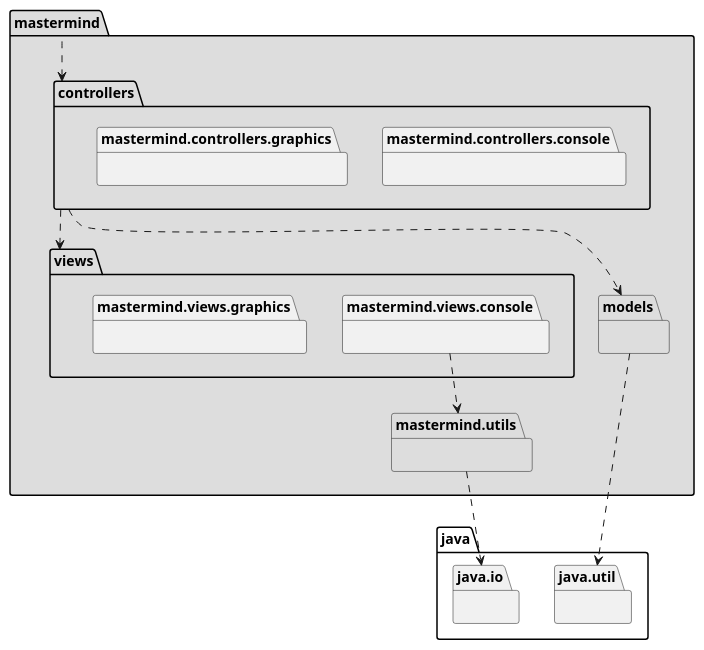
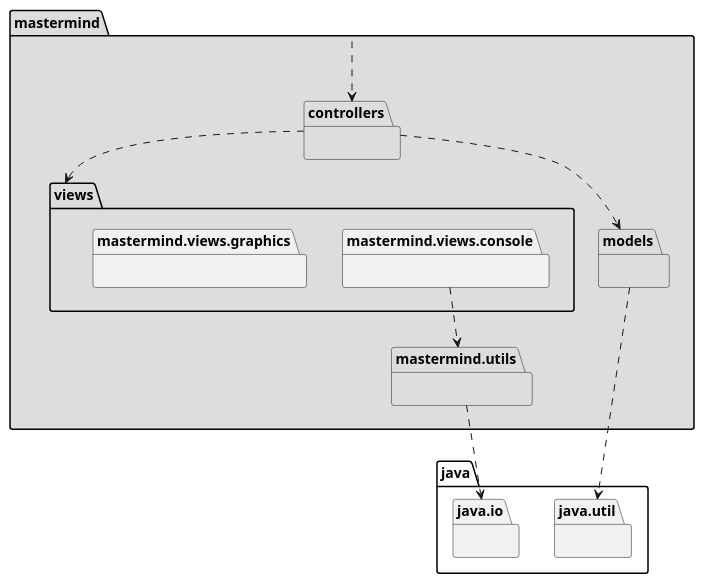
One commit to amartinm82/mastermind changed the first of 3 diagrams in docs/src/docs/asciidoc/index.adoc. Above: the diagram before and after it, drawn with PlantUML. The commit also changed 3 other files, not shown here.

```diff
--- a/docs/src/docs/asciidoc/index.adoc
+++ b/docs/src/docs/asciidoc/index.adoc
@@ -35,28 +35,25 @@
 [plantuml,version2Arquitectura,svg]
 ....
 
 package mastermind #DDDDDD { } 
 mastermind .down.> mastermind.controllers
 
-package mastermind.controllers #DDDDDD {
-    package mastermind.controllers.console {}
-    package mastermind.controllers.graphics {}
-}
+package mastermind.controllers #DDDDDD {}
 mastermind.controllers .down.> mastermind.models
 mastermind.controllers .down.> mastermind.views
 
 package mastermind.models #DDDDDD { } 
 package java.util{ }
 mastermind.models .down.> java.util
 
 package mastermind.utils #DDDDDD { } 
 package java.io{ }
 mastermind.utils .down.> java.io
 
 package mastermind.views #DDDDDD {
     package mastermind.views.console {}
     package mastermind.views.graphics {}
 }
 mastermind.views.console .down.> mastermind.utils
 
 ....
```
